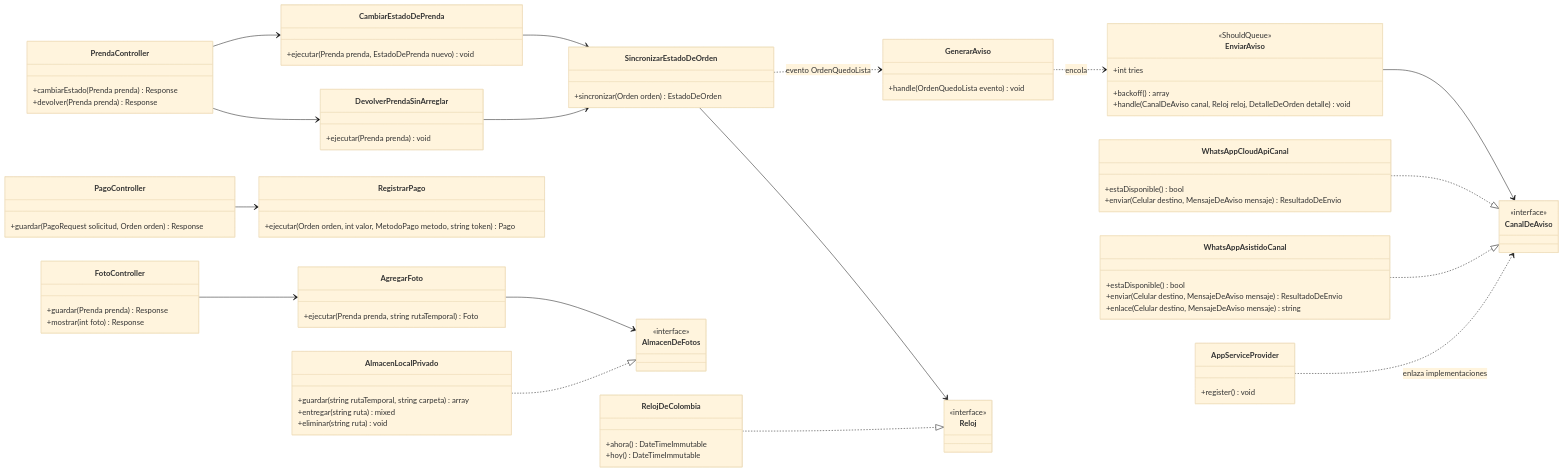
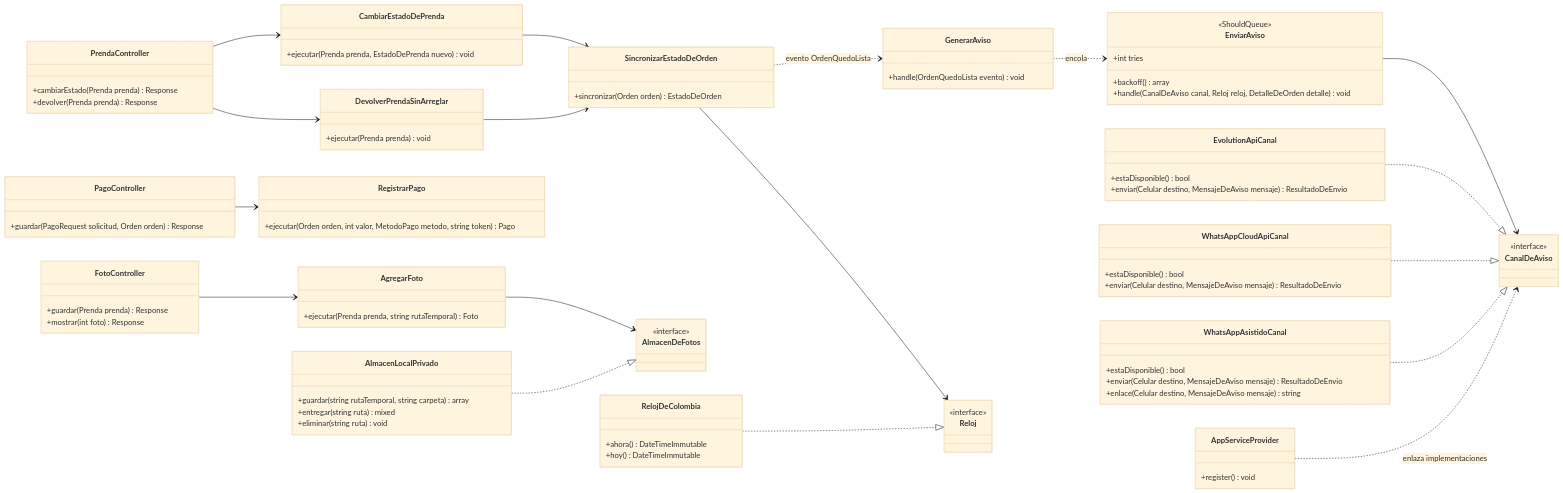
One commit to Aryannext/El-taller-ines changed the third of 13 diagrams in docs/03-diseno/diagramas/README.md. Above: the diagram before and after it, drawn with Mermaid (base theme). The commit also changed other lines of this file and 26 other files, not shown here.

First line of the commit message:
feat(HT-01): avisos automáticos por Evolution API (ADR-007)

```diff
--- a/docs/03-diseno/diagramas/README.md
+++ b/docs/03-diseno/diagramas/README.md
@@ -303,6 +303,10 @@
     class Reloj {
         <<interface>>
     }
+    class EvolutionApiCanal {
+        +estaDisponible() bool
+        +enviar(Celular destino, MensajeDeAviso mensaje) ResultadoDeEnvio
+    }
     class WhatsAppCloudApiCanal {
         +estaDisponible() bool
         +enviar(Celular destino, MensajeDeAviso mensaje) ResultadoDeEnvio
@@ -335,6 +339,7 @@
     GenerarAviso ..> EnviarAviso : encola
     EnviarAviso --> CanalDeAviso
     AgregarFoto --> AlmacenDeFotos
+    EvolutionApiCanal ..|> CanalDeAviso
     WhatsAppCloudApiCanal ..|> CanalDeAviso
     WhatsAppAsistidoCanal ..|> CanalDeAviso
     AlmacenLocalPrivado ..|> AlmacenDeFotos
```
